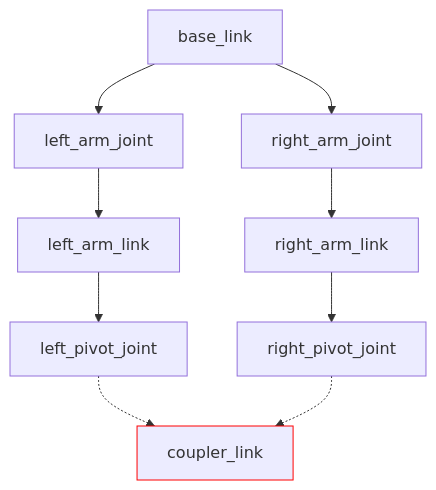
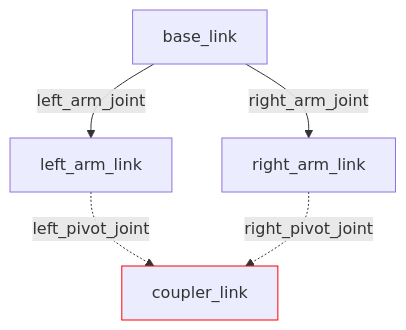
Before and after one commit to UNL-Lunabotics/UNL-Lunabotics.github.io: the second of 2 diagrams in docs/Curriculum/Understanding-URDF-Files.md, drawn with Mermaid. The commit also changed other lines of this file and 2 other files, not shown here.

Commit message:
Added download links to the provided xacro files, improved diagrams in the URDF docs, rewrote/revised some things, and added more link/joint stuff.

````diff
--- a/docs/Curriculum/Understanding-URDF-Files.md
+++ b/docs/Curriculum/Understanding-URDF-Files.md
@@ -62,17 +53,10 @@
 ```mermaid
 graph TD
-    base_link --> left_arm_joint
-    base_link --> right_arm_joint
+    base_link -->|left_arm_joint| left_arm_link
+    base_link -->|right_arm_joint| right_arm_link
 
-    left_arm_joint --> left_arm_link
-    right_arm_joint --> right_arm_link
-
-    left_arm_link --> left_pivot_joint
-    right_arm_link --> right_pivot_joint
-    
-
-    left_pivot_joint -.-> coupler_link
-    right_pivot_joint -.-> coupler_link
+    left_arm_link -.->|left_pivot_joint| coupler_link
+    right_arm_link -.->|right_pivot_joint| coupler_link
     
     style coupler_link stroke:#ff0000
 ```
````
